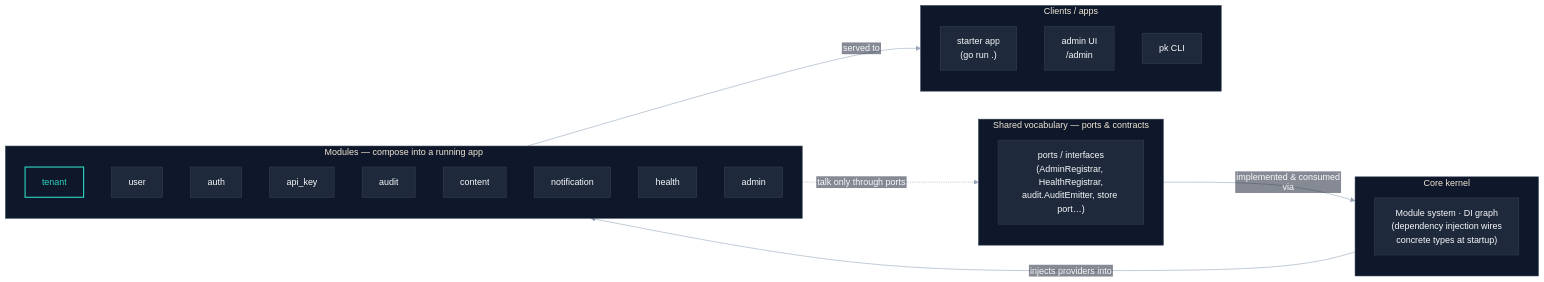
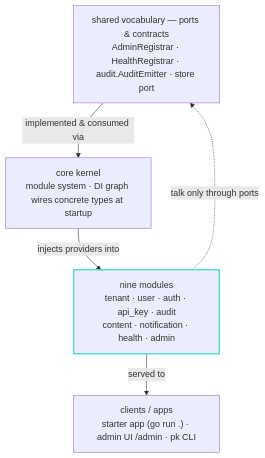
The diagram in README.md (septagon-oss/platformkit), drawn with Mermaid before and after one commit. The commit also changed 2 other files, not shown here.

Commit message:
docs(platformkit): full-resolution hero, compact theme-adaptive architecture diagram

````diff
--- a/README.md
+++ b/README.md
@@ -113,48 +113,14 @@
 ```mermaid
-%%{init: {'theme':'base','flowchart':{'htmlLabels':false},'themeVariables':{
-  'fontFamily':'ui-monospace, SFMono-Regular, Menlo, monospace',
-  'primaryColor':'#1E293B','primaryTextColor':'#F8FAFC',
-  'primaryBorderColor':'#334155','lineColor':'#94A3B8',
-  'clusterBkg':'#0F172A','clusterBorder':'#334155',
-  'edgeLabelBackground':'#0F172A','tertiaryColor':'#0F172A'
-}}}%%
-flowchart LR
-  subgraph SHARED["Shared vocabulary — ports &amp; contracts"]
-    P["ports / interfaces
-(AdminRegistrar, HealthRegistrar,
-audit.AuditEmitter, store port…)"]
-  end
+flowchart TB
+  shared["shared vocabulary — ports &amp; contracts<br/>AdminRegistrar &middot; HealthRegistrar &middot; audit.AuditEmitter &middot; store port"]
+  core["core kernel<br/>module system &middot; DI graph wires concrete types at startup"]
+  modules["nine modules<br/>tenant &middot; user &middot; auth &middot; api_key &middot; audit<br/>content &middot; notification &middot; health &middot; admin"]
+  clients["clients / apps<br/>starter app (go run .) &middot; admin UI /admin &middot; pk CLI"]
 
-  subgraph CORE["Core kernel"]
-    K["Module system &middot; DI graph
-(dependency injection wires
-concrete types at startup)"]
-  end
+  shared -- "implemented &amp; consumed via" --> core
+  core -- "injects providers into" --> modules
+  modules -. "talk only through ports" .-> shared
+  modules -- "served to" --> clients
 
-  subgraph MODULES["Modules — compose into a running app"]
-    M1["tenant"]:::accent
-    M2["user"]
-    M3["auth"]
-    M4["api_key"]
-    M5["audit"]
-    M6["content"]
-    M7["notification"]
-    M8["health"]
-    M9["admin"]
-  end
-
-  subgraph CLIENTS["Clients / apps"]
-    C1["starter app
-(go run .)"]
-    C2["admin UI
-/admin"]
-    C3["pk CLI"]
-  end
-
-  SHARED -- "implemented &amp; consumed via" --> CORE
-  CORE -- "injects providers into" --> MODULES
-  MODULES -. "talk only through ports" .-> SHARED
-  MODULES -- "served to" --> CLIENTS
-
-  classDef accent fill:#0F172A,stroke:#2DD4BF,stroke-width:2px,color:#2DD4BF;
+  style modules stroke:#2DD4BF,stroke-width:2px
 ```
````
